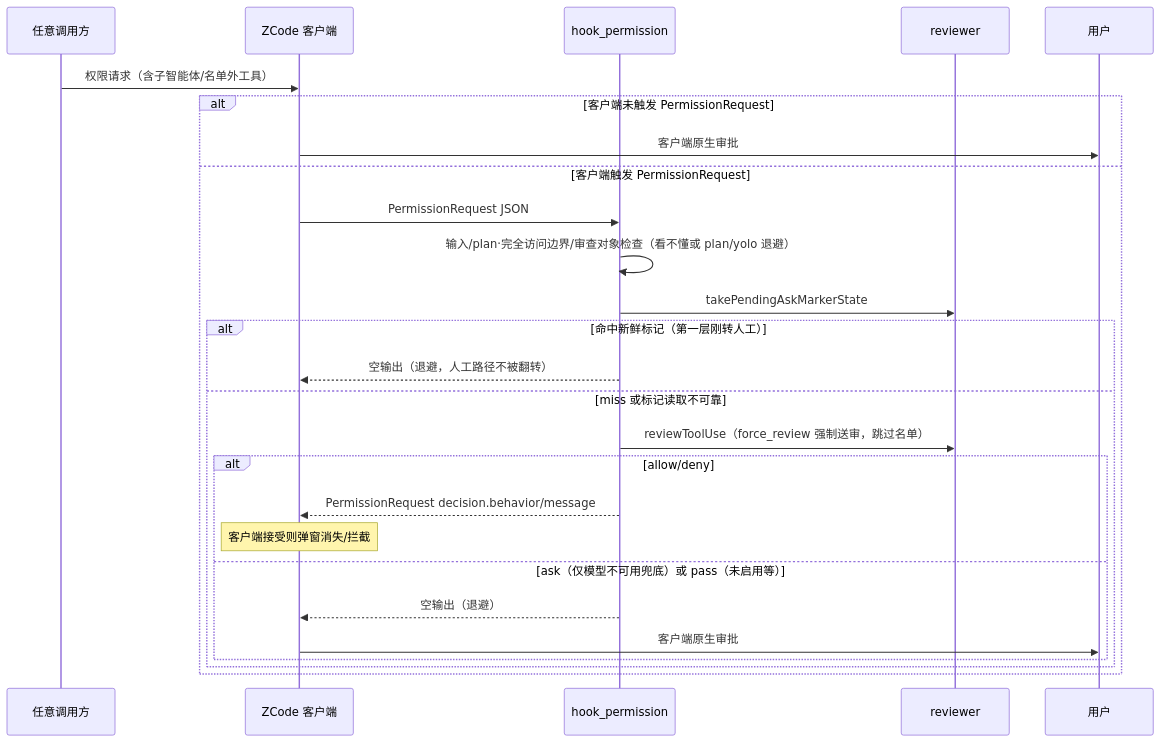
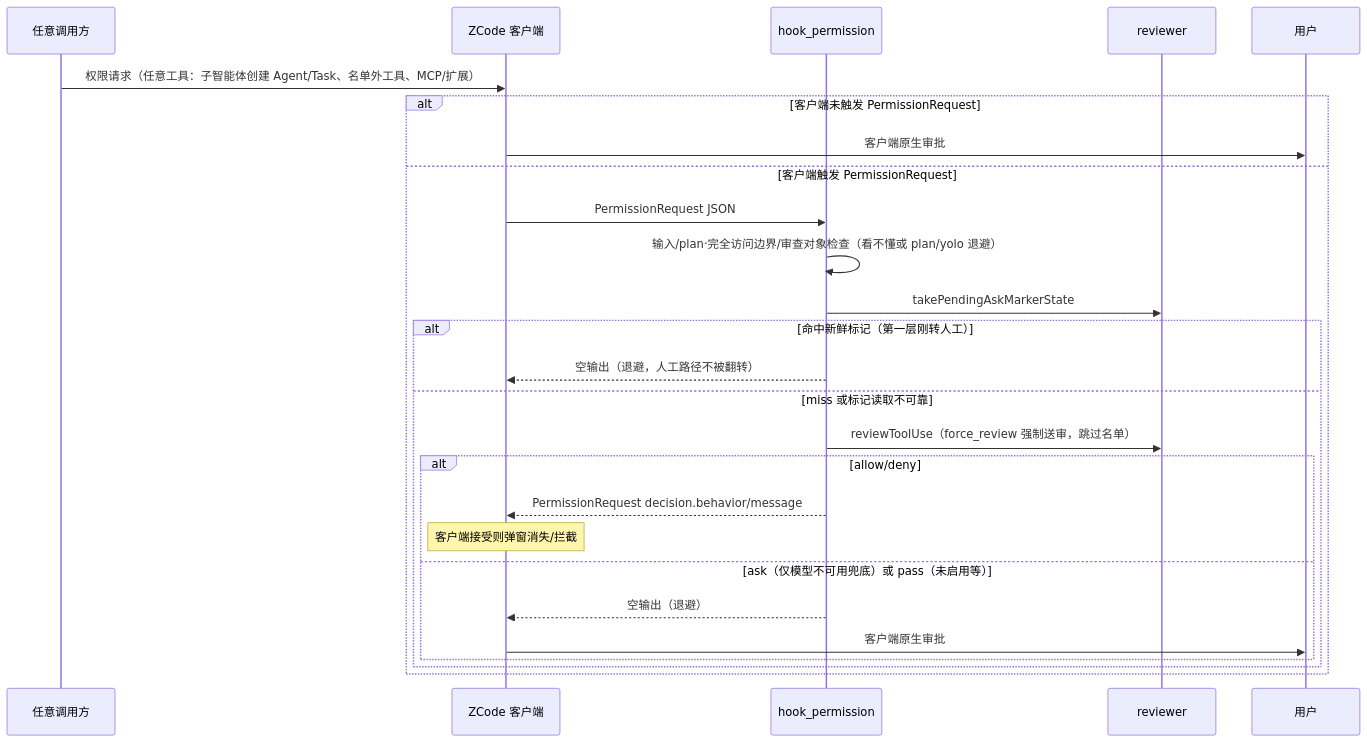
The second of 4 diagrams in docs/project_wiki/02_开发文档/模块运行流程图.md (cy-2-u/zhao), drawn with Mermaid before and after one commit. The commit also changed other lines of this file and 22 other files, not shown here.

Commit message:
0.8.2 子智能体弹窗接管修复：PermissionRequest 层去 matcher 全量接管（Agent/Task 创建、名单外工具、MCP/扩展工具弹窗一律送审自动裁决）；buildRuleText 新增 Agent 专支与通用入参提炼、Task→Agent 别名；安全提示词新增子代理与 MCP 工具裁决条款；测试单元 82→84、场景 24→25、冒烟 88→93 全绿；README/commands/Wiki 全量同步

````diff
--- a/docs/project_wiki/02_开发文档/模块运行流程图.md
+++ b/docs/project_wiki/02_开发文档/模块运行流程图.md
@@ -48,28 +48,28 @@
 ```mermaid
 sequenceDiagram
     participant A as 任意调用方
     participant Z as ZCode 客户端
     participant HP as hook_permission
     participant R as reviewer
     participant U as 用户
-    A->>Z: 权限请求（含子智能体/名单外工具）
+    A->>Z: 权限请求（任意工具：子智能体创建 Agent/Task、名单外工具、MCP/扩展）
     alt 客户端未触发 PermissionRequest
         Z->>U: 客户端原生审批
     else 客户端触发 PermissionRequest
         Z->>HP: PermissionRequest JSON
         HP->>HP: 输入/plan·完全访问边界/审查对象检查（看不懂或 plan/yolo 退避）
         HP->>R: takePendingAskMarkerState
         alt 命中新鲜标记（第一层刚转人工）
             HP-->>Z: 空输出（退避，人工路径不被翻转）
         else miss 或标记读取不可靠
             HP->>R: reviewToolUse（force_review 强制送审，跳过名单）
             alt allow/deny
                 HP-->>Z: PermissionRequest decision.behavior/message
                 Note over Z: 客户端接受则弹窗消失/拦截
             else ask（仅模型不可用兜底）或 pass（未启用等）
                 HP-->>Z: 空输出（退避）
                 Z->>U: 客户端原生审批
             end
         end
     end
 ```
````
